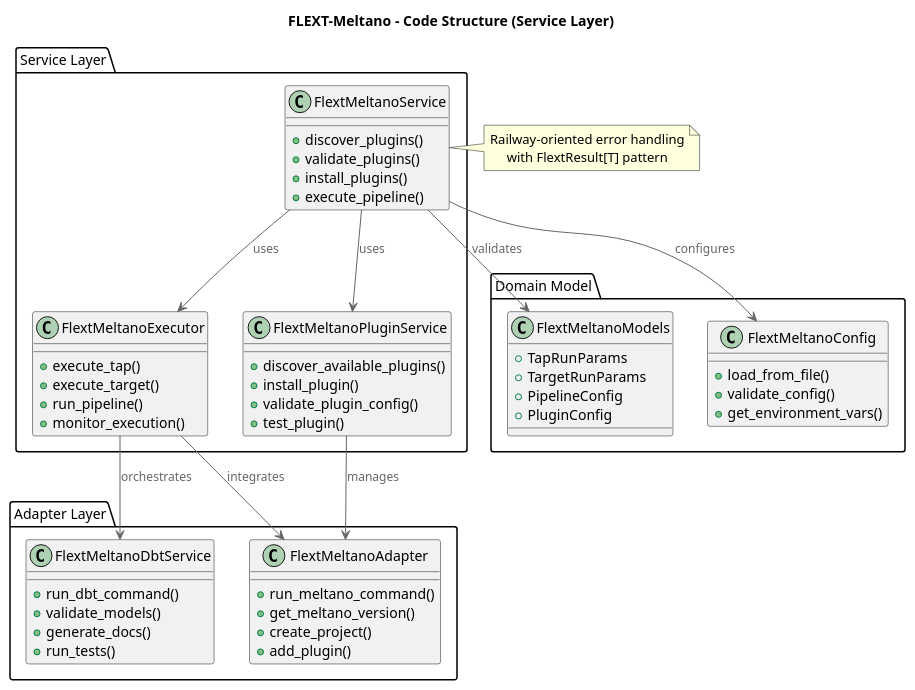
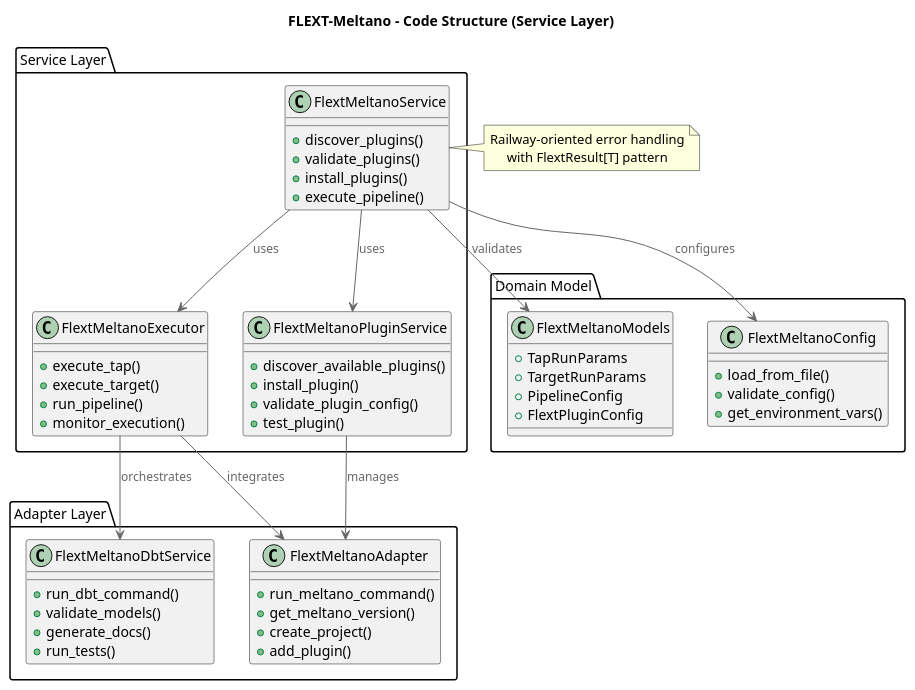
One commit to flext-sh/flext-meltano changed the fifth of 5 diagrams in docs/architecture/C4_MODEL.md. Above: the diagram before and after it, drawn with PlantUML. The commit also changed 74 other files, not shown here.

````diff
--- a/docs/architecture/C4_MODEL.md
+++ b/docs/architecture/C4_MODEL.md
@@ -227,77 +227,77 @@
 ```plantuml
 @startuml FLEXT-Meltano Code Structure
 !include https://raw.githubusercontent.com/plantuml-stdlib/C4-PlantUML/master/C4_Component.puml
 
 title FLEXT-Meltano - Code Structure (Service Layer)
 
 Package "Service Layer" as services {
     Class FlextMeltanoService {
         +discover_plugins()
         +validate_plugins()
         +install_plugins()
         +execute_pipeline()
     }
 
     Class FlextMeltanoExecutor {
         +execute_tap()
         +execute_target()
         +run_pipeline()
         +monitor_execution()
     }
 
     Class FlextMeltanoPluginService {
         +discover_available_plugins()
         +install_plugin()
         +validate_plugin_config()
         +test_plugin()
     }
 }
 
 Package "Adapter Layer" as adapters {
     Class FlextMeltanoAdapter {
         +run_meltano_command()
         +get_meltano_version()
         +create_project()
         +add_plugin()
     }
 
     Class FlextMeltanoDbtService {
         +run_dbt_command()
         +validate_models()
         +generate_docs()
         +run_tests()
     }
 }
 
 Package "Domain Model" as models {
     Class FlextMeltanoModels {
         +TapRunParams
         +TargetRunParams
         +PipelineConfig
-        +PluginConfig
+        +FlextPluginConfig
     }
 
     Class FlextMeltanoConfig {
         +load_from_file()
         +validate_config()
         +get_environment_vars()
     }
 }
 
 ' Relationships
 FlextMeltanoService --> FlextMeltanoExecutor : uses
 FlextMeltanoService --> FlextMeltanoPluginService : uses
 FlextMeltanoExecutor --> FlextMeltanoAdapter : integrates
 FlextMeltanoExecutor --> FlextMeltanoDbtService : orchestrates
 FlextMeltanoPluginService --> FlextMeltanoAdapter : manages
 
 FlextMeltanoService --> FlextMeltanoModels : validates
 FlextMeltanoService --> FlextMeltanoConfig : configures
 
 note right of FlextMeltanoService
     Railway-oriented error handling
     with FlextResult[T] pattern
 end note
 
 @enduml
 ```
````
